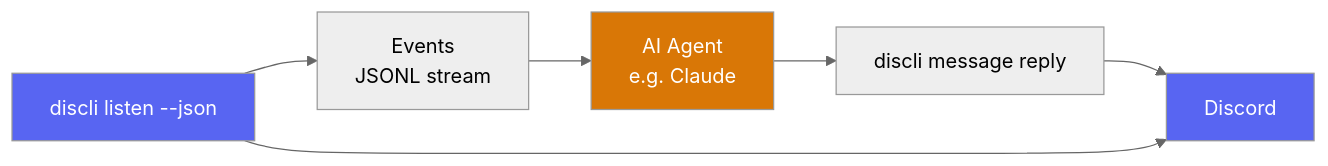
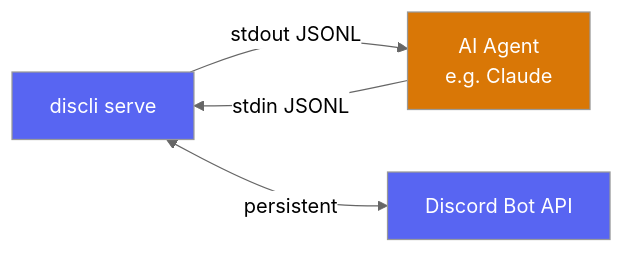
Before and after one commit to DevRohit06/discli: the second of 3 diagrams in README.md, drawn with Mermaid (neutral theme). The commit also changed other lines of this file and 2 other files, not shown here.

Commit message:
docs: add serve command docs, serve_bot example, --profile usage

````diff
--- a/README.md
+++ b/README.md
@@ -42,12 +42,10 @@
 ```mermaid
 graph LR
-    A[discli listen --json] --> B[Events\nJSONL stream]
-    B --> C[AI Agent\ne.g. Claude]
-    C --> D[discli message reply]
-    D --> E[Discord]
-    A --> E
+    A[discli serve] -->|stdout JSONL| B[AI Agent\ne.g. Claude]
+    B -->|stdin JSONL| A
+    A <-->|persistent| C[Discord Bot API]
 
     style A fill:#5865F2,color:#fff
-    style C fill:#D97706,color:#fff
-    style E fill:#5865F2,color:#fff
+    style B fill:#D97706,color:#fff
+    style C fill:#5865F2,color:#fff
 ```
````
